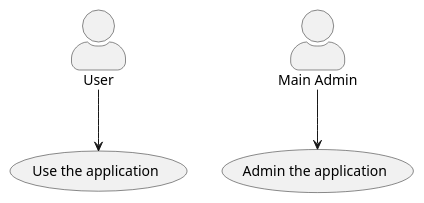
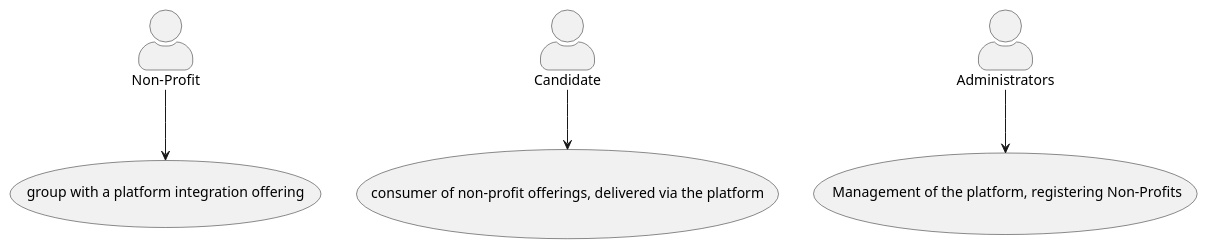
One commit to Katatubies/kata2022 changed the diagram in usecases.md. Above: the diagram before and after it, drawn with PlantUML. The commit also changed other lines of this file and 1 other file, not shown here.

Commit message:
some req and some uc added

````diff
--- a/usecases.md
+++ b/usecases.md
@@ -7,9 +7,9 @@
 ```plantuml
 @startuml
 skinparam actorStyle awesome
-:User: --> (Use)
-"Main Admin" as Admin
-"Use the application" as (Use)
-Admin --> (Admin the application)
+:Non-Profit: --> (group with a platform integration offering)
+:Candidate: --> (Use)
+"consumer of non-profit offerings, delivered via the platform" as (Use)
+Administrators --> ( Management of the platform, registering Non-Profits)
 @enduml
 ```
````
